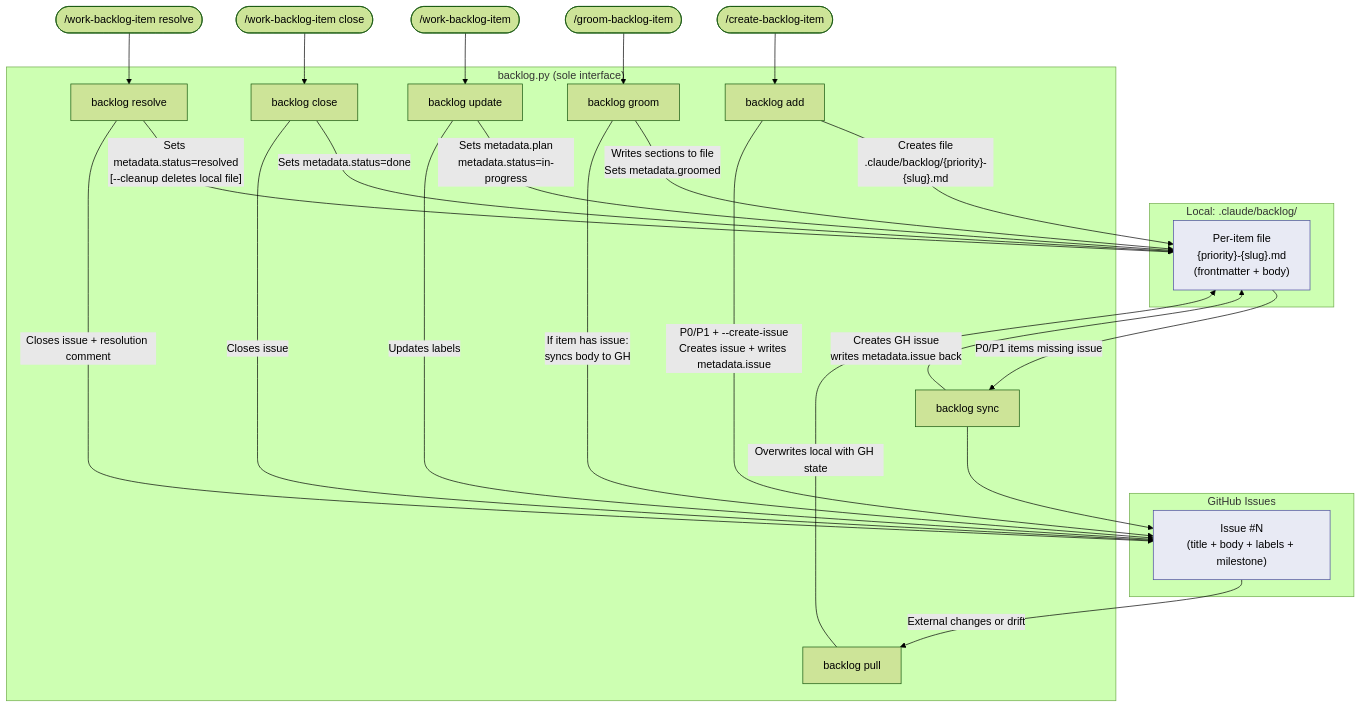
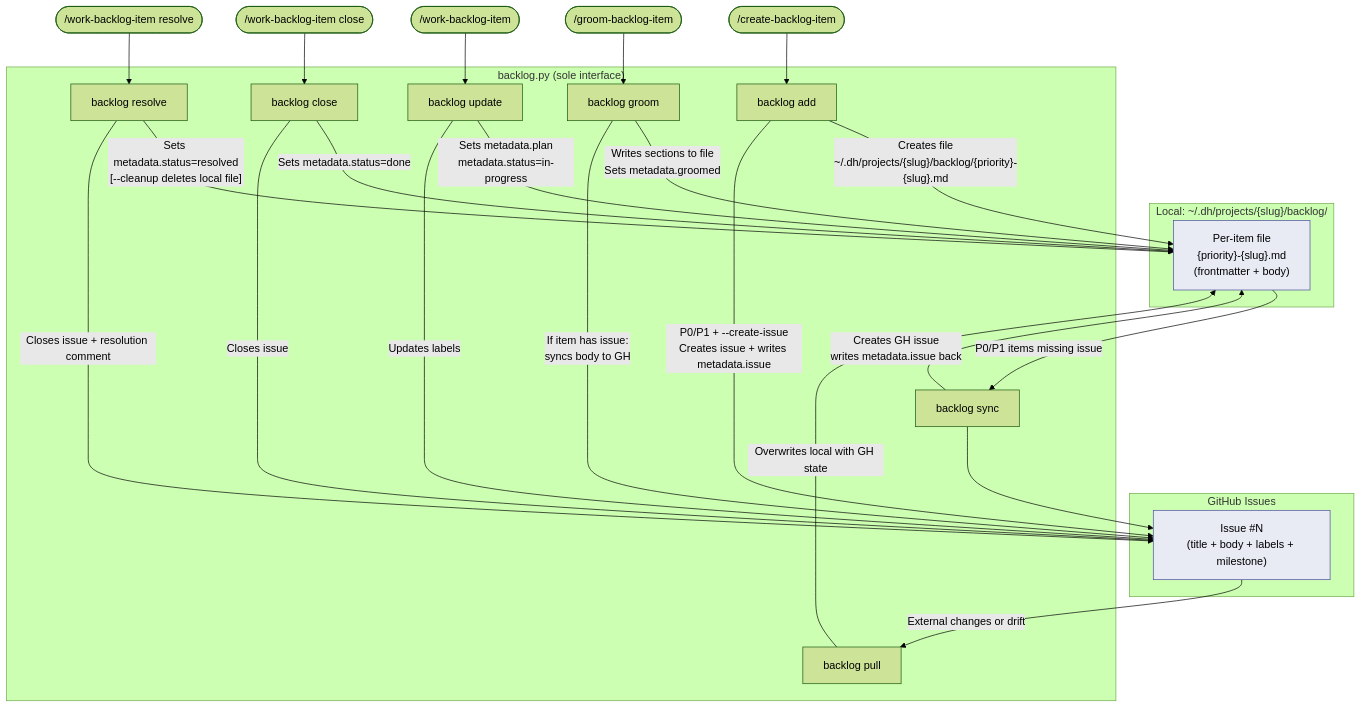
The diagram in plugins/development-harness/docs/backlog-lifecycle.draft.md (chgreer1070/claude_skills), drawn with Mermaid (forest theme) before and after one commit. The commit also changed other lines of this file and 42 other files, not shown here.

````diff
--- a/plugins/development-harness/docs/backlog-lifecycle.draft.md
+++ b/plugins/development-harness/docs/backlog-lifecycle.draft.md
@@ -306,54 +306,54 @@
 ```mermaid
 flowchart TD
-    subgraph local["Local: .claude/backlog/"]
+    subgraph local["Local: ~/.dh/projects/{slug}/backlog/"]
         LF["Per-item file\n{priority}-{slug}.md\n(frontmatter + body)"]
     end
 
     subgraph github["GitHub Issues"]
         GH["Issue #N\n(title + body + labels + milestone)"]
     end
 
     subgraph script["backlog.py (sole interface)"]
         ADD["backlog add"]
         SYNC["backlog sync"]
         GROOM["backlog groom"]
         UPDATE["backlog update"]
         CLOSE["backlog close"]
         RESOLVE["backlog resolve"]
         PULL["backlog pull"]
     end
 
     Create(["/create-backlog-item"]) --> ADD
-    ADD -->|"Creates file\n.claude/backlog/{priority}-{slug}.md"| LF
+    ADD -->|"Creates file\n~/.dh/projects/{slug}/backlog/{priority}-{slug}.md"| LF
     ADD -->|"P0/P1 + --create-issue\nCreates issue + writes metadata.issue"| GH
 
     LF -->|"P0/P1 items missing issue"| SYNC
     SYNC -->|"Creates GH issue\nwrites metadata.issue back"| LF
     SYNC --> GH
 
     Groom(["/groom-backlog-item"]) --> GROOM
     GROOM -->|"Writes sections to file\nSets metadata.groomed"| LF
     GROOM -->|"If item has issue:\nsyncs body to GH"| GH
 
     Work(["/work-backlog-item"]) --> UPDATE
     UPDATE -->|"Sets metadata.plan\nmetadata.status=in-progress"| LF
     UPDATE -->|"Updates labels"| GH
 
     CloseCmd(["/work-backlog-item close"]) --> CLOSE
     CLOSE -->|"Sets metadata.status=done"| LF
     CLOSE -->|"Closes issue"| GH
 
     ResolveCmd(["/work-backlog-item resolve"]) --> RESOLVE
     RESOLVE -->|"Sets metadata.status=resolved\n[--cleanup deletes local file]"| LF
     RESOLVE -->|"Closes issue + resolution comment"| GH
 
     GH -->|"External changes or drift"| PULL
     PULL -->|"Overwrites local with GH state"| LF
 
     classDef localonly fill:#e8f4e8,stroke:#4a9e4a
     classDef synced fill:#e8eaf4,stroke:#4a4a9e
     classDef terminal fill:#f4e8e8,stroke:#9e4a4a
 
     LF:::synced
     GH:::synced
 ```
````
